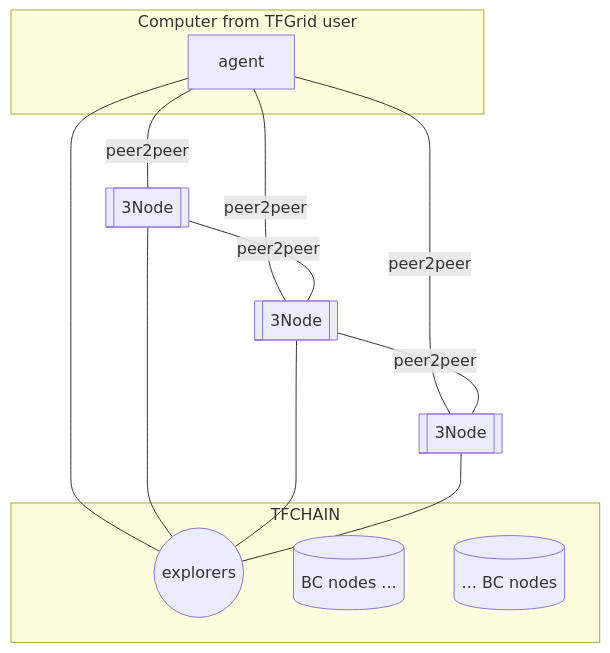
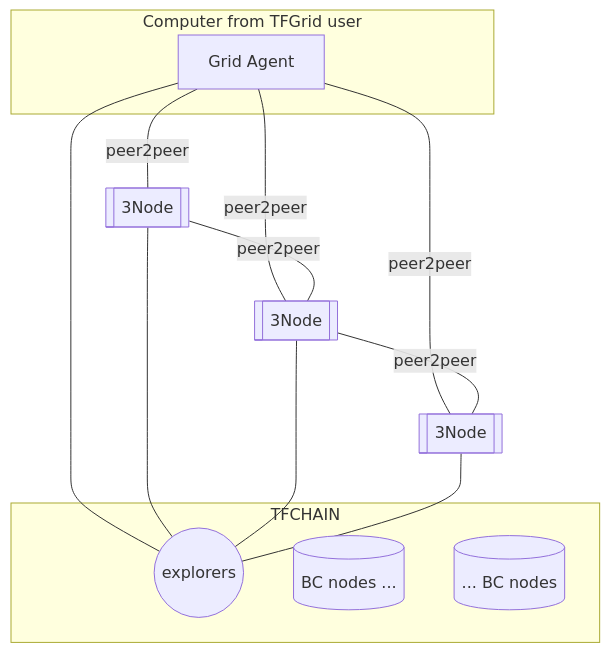
The second of 2 diagrams in wiki/main/concepts/tfgrid_agent_.md (threefoldtech/TFGRID), drawn with Mermaid before and after one commit. The commit also changed other lines of this file and 50 other files, not shown here.

````diff
--- a/wiki/main/concepts/tfgrid_agent_.md
+++ b/wiki/main/concepts/tfgrid_agent_.md
@@ -34,27 +35,27 @@
 ```mermaid
 graph TD
 
     subgraph PCUSER[Computer from TFGrid user]
-    agent
+    agent[Grid Agent]
     end    
 
     agent --- explorer((TFCHAIN))
     agent ---|peer2peer| tnode[[3Node]]
     agent ---|peer2peer| tnode2[[3Node]]
     agent ---|peer2peer| tnode3[[3Node]]
 
     tnode ---|peer2peer| tnode2
     tnode2 ---|peer2peer| tnode3
 
     tnode --- explorer
     tnode2 --- explorer
     tnode3 --- explorer
 
     subgraph TFCHAIN
     explorer((explorers))
     nodes[(BC nodes ...)]
     nodes2[(... BC nodes)]
     end        
 
   
 ```
````
